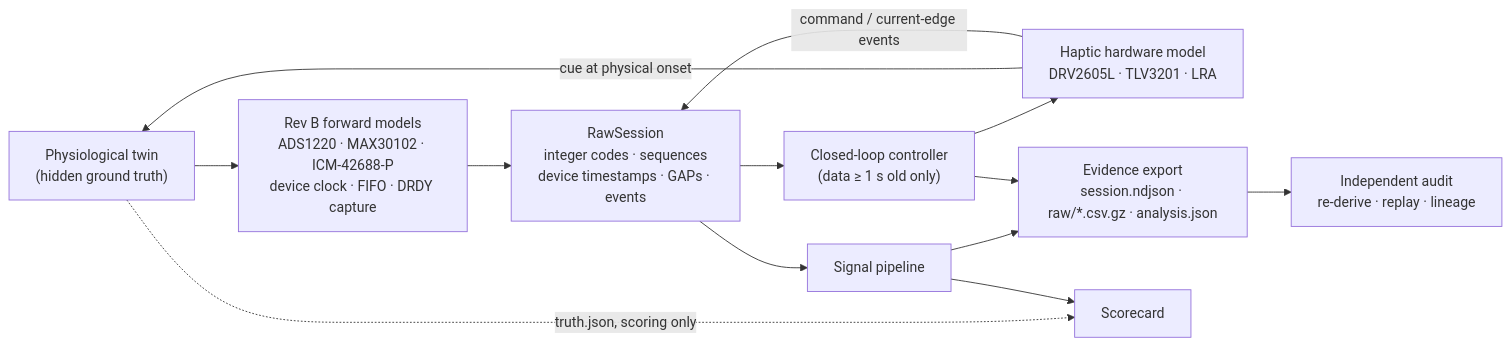
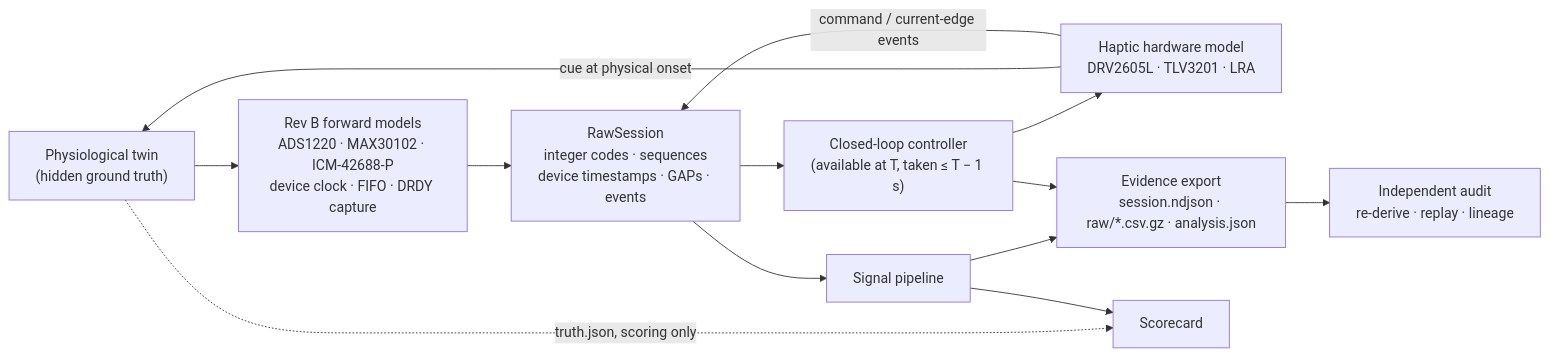
Before and after one commit to topherchris420/circle: the diagram in docs/physiology-pipeline.md, drawn with Mermaid. The commit also changed other lines of this file and 26 other files, not shown here.

````diff
--- a/docs/physiology-pipeline.md
+++ b/docs/physiology-pipeline.md
@@ -29,15 +33,15 @@
 ```mermaid
 flowchart LR
     T["Physiological twin<br/>(hidden ground truth)"] --> R["Rev B forward models<br/>ADS1220 · MAX30102 · ICM-42688-P<br/>device clock · FIFO · DRDY capture"]
     R --> S["RawSession<br/>integer codes · sequences<br/>device timestamps · GAPs · events"]
     S --> P["Signal pipeline"]
-    S --> C["Closed-loop controller<br/>(data ≥ 1 s old only)"]
+    S --> C["Closed-loop controller<br/>(available at T, taken ≤ T − 1 s)"]
     C --> H["Haptic hardware model<br/>DRV2605L · TLV3201 · LRA"]
     H -->|cue at physical onset| T
     H -->|command / current-edge events| S
     P --> E["Evidence export<br/>session.ndjson · raw/*.csv.gz · analysis.json"]
     C --> E
     E --> A["Independent audit<br/>re-derive · replay · lineage"]
     T -.->|truth.json, scoring only| V["Scorecard"]
     P --> V
 ```
````
